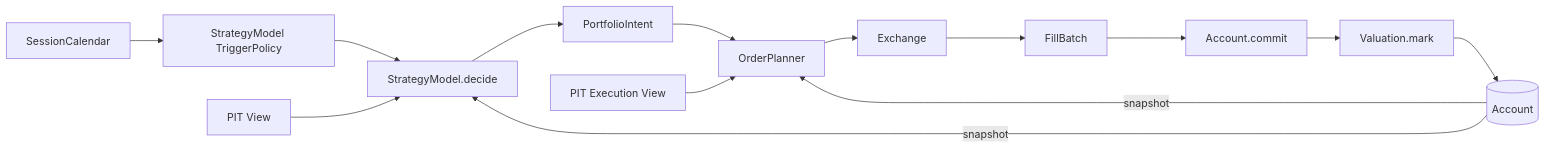
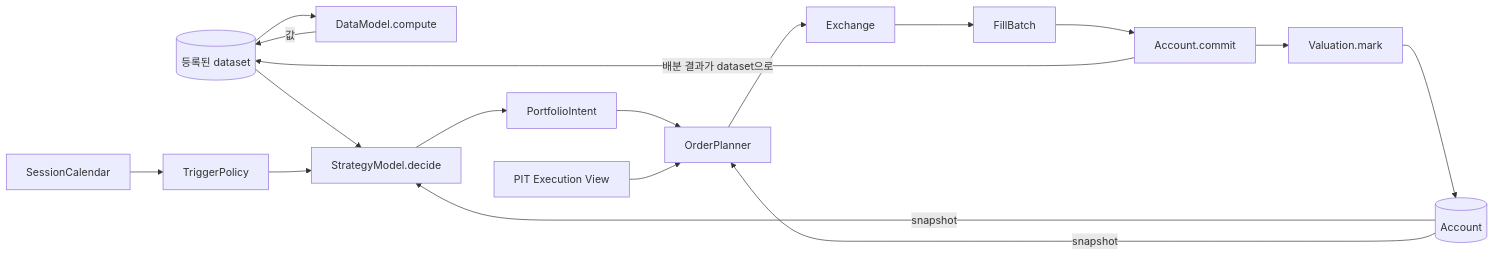
One commit to jaepil-choi/qlibx changed the diagram in docs/vqapr-architecture.md. Above: the diagram before and after it, drawn with Mermaid. The commit also changed other lines of this file, not shown here.

````diff
--- a/docs/vqapr-architecture.md
+++ b/docs/vqapr-architecture.md
@@ -14,16 +14,19 @@
 ```mermaid
 flowchart LR
-    Cal[SessionCalendar] --> Trig[StrategyModel TriggerPolicy]
-    Trig --> S[StrategyModel.decide]
-    Data[PIT View] --> S
+    Raw[(등록된 dataset)] --> DM[DataModel.compute]
+    DM -->|값| Raw
+    Raw --> S[StrategyModel.decide]
+    Cal[SessionCalendar] --> Trig[TriggerPolicy]
+    Trig --> S
     Acc[(Account)] -->|snapshot| S
     S --> I[PortfolioIntent]
     I --> P[OrderPlanner]
     Acc -->|snapshot| P
     ExecData[PIT Execution View] --> P
     P --> X[Exchange]
     X --> F[FillBatch]
     F --> C[Account.commit]
     C --> M[Valuation.mark]
     M --> Acc
+    C -->|배분 결과가 dataset으로| Raw
 ```
````
